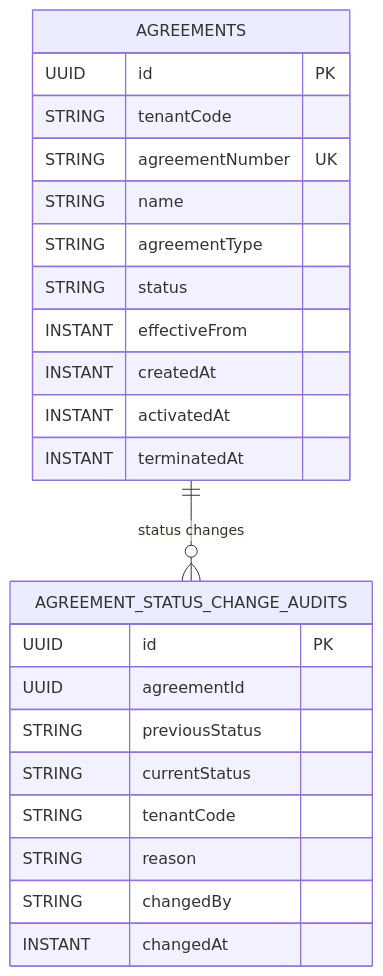
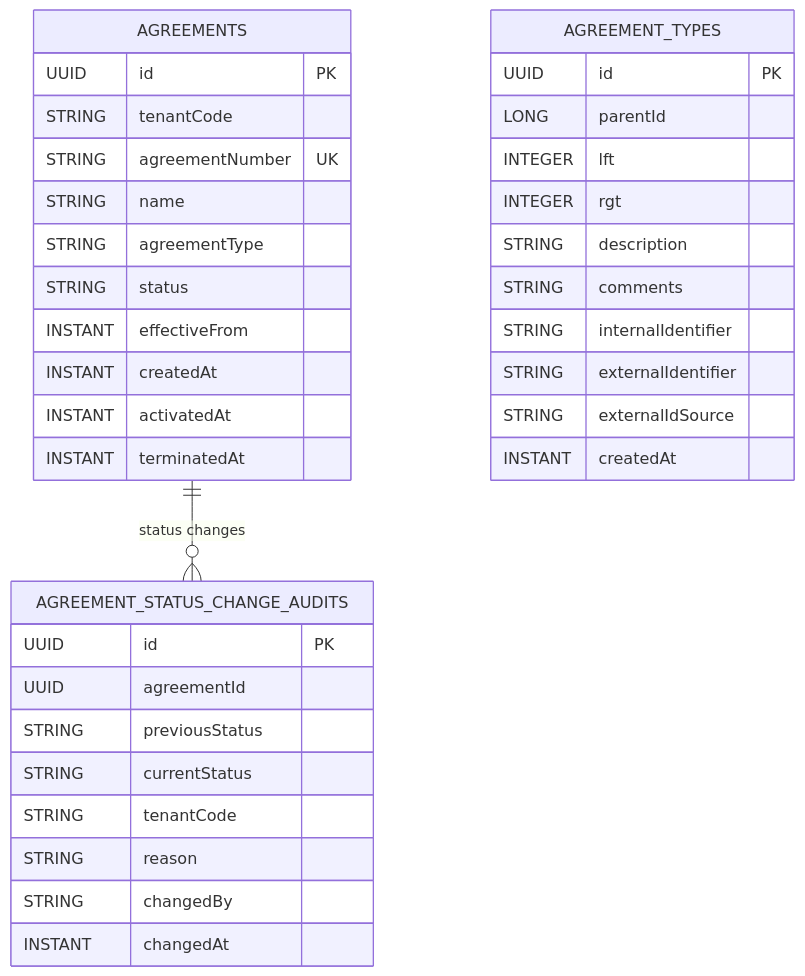
Before and after one commit to ArcanaERP/platform: the diagram in docs/agreements-data-model.md, drawn with Mermaid. The commit also changed other lines of this file and 12 other files, not shown here.

````diff
--- a/docs/agreements-data-model.md
+++ b/docs/agreements-data-model.md
@@ -7,26 +7,38 @@
 ```mermaid
 erDiagram
     AGREEMENTS {
       UUID id PK
       STRING tenantCode
       STRING agreementNumber UK
       STRING name
       STRING agreementType
       STRING status
       INSTANT effectiveFrom
       INSTANT createdAt
       INSTANT activatedAt
       INSTANT terminatedAt
     }
     AGREEMENT_STATUS_CHANGE_AUDITS {
       UUID id PK
       UUID agreementId
       STRING previousStatus
       STRING currentStatus
       STRING tenantCode
       STRING reason
       STRING changedBy
       INSTANT changedAt
     }
+    AGREEMENT_TYPES {
+      UUID id PK
+      LONG parentId
+      INTEGER lft
+      INTEGER rgt
+      STRING description
+      STRING comments
+      STRING internalIdentifier
+      STRING externalIdentifier
+      STRING externalIdSource
+      INSTANT createdAt
+    }
     AGREEMENTS ||--o{ AGREEMENT_STATUS_CHANGE_AUDITS : "status changes"
 ```
````
